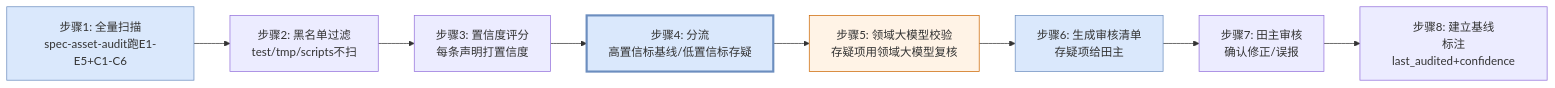
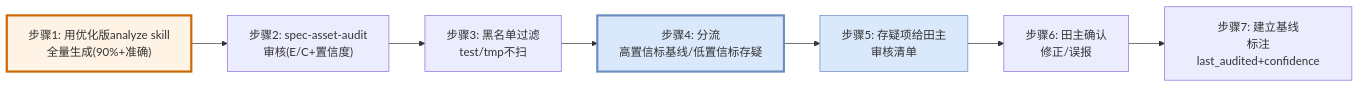
Before and after one commit to hututuxinyu/Memory: the second of 3 diagrams in POC/云核知识资产治理解决方案.md, drawn with Mermaid. The commit also changed other lines of this file, not shown here.

Commit message:
refactor: reorder phases — optimize analyze skill first(P1,7d), then generate at 90%+(P2,1d), not cold-start-then-refresh

````diff
--- a/POC/云核知识资产治理解决方案.md
+++ b/POC/云核知识资产治理解决方案.md
@@ -168,15 +377,13 @@
 ```mermaid
 flowchart LR
-    S1["步骤1: 全量扫描<br/>spec-asset-audit跑E1-E5+C1-C6"] --> S2["步骤2: 黑名单过滤<br/>test/tmp/scripts不扫"]
-    S2 --> S3["步骤3: 置信度评分<br/>每条声明打置信度"]
+    S1["步骤1: 用优化版analyze skill<br/>全量生成(90%+准确)"] --> S2["步骤2: spec-asset-audit<br/>审核(E/C+置信度)"]
+    S2 --> S3["步骤3: 黑名单过滤<br/>test/tmp不扫"]
     S3 --> S4["步骤4: 分流<br/>高置信标基线/低置信标存疑"]
-    S4 --> S5["步骤5: 领域大模型校验<br/>存疑项用领域大模型复核"]
-    S5 --> S6["步骤6: 生成审核清单<br/>存疑项给田主"]
-    S6 --> S7["步骤7: 田主审核<br/>确认修正/误报"]
-    S7 --> S8["步骤8: 建立基线<br/>标注last_audited+confidence"]
+    S4 --> S5["步骤5: 存疑项给田主<br/>审核清单"]
+    S5 --> S6["步骤6: 田主确认<br/>修正/误报"]
+    S6 --> S7["步骤7: 建立基线<br/>标注last_audited+confidence"]
 
-    style S1 fill:#dae8fc,stroke:#6c8ebf
+    style S1 fill:#fff3e6,stroke:#cc6600,stroke-width:3px
     style S4 fill:#dae8fc,stroke:#6c8ebf,stroke-width:3px
-    style S5 fill:#fff3e6,stroke:#cc6600
-    style S6 fill:#dae8fc,stroke:#6c8ebf
+    style S5 fill:#dae8fc,stroke:#6c8ebf
 ```
````
